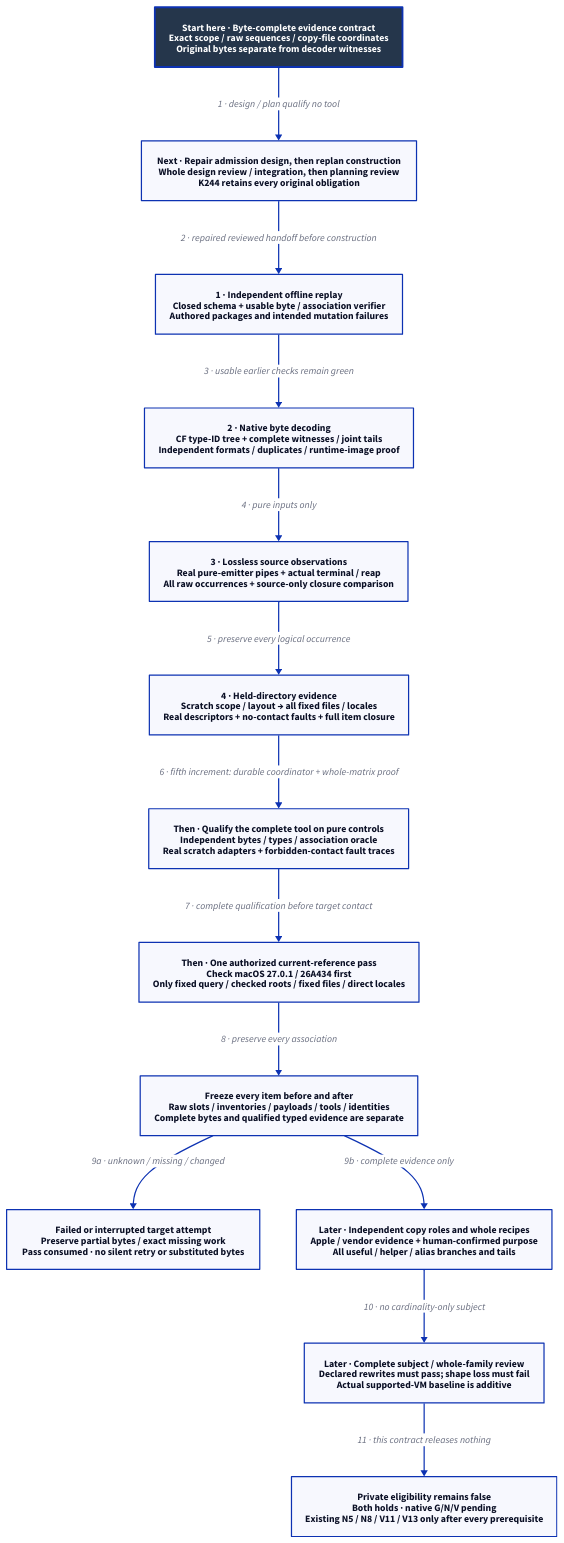
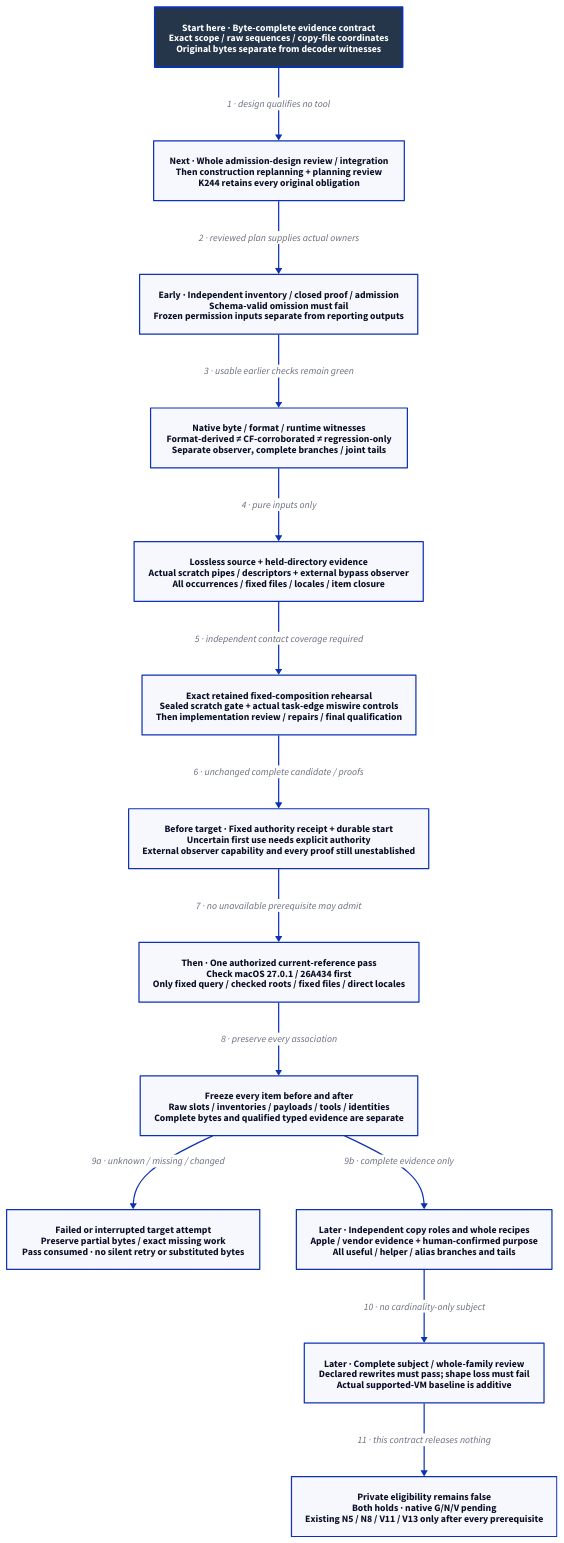
The diagram in docs/design/architecture/native-reference-evidence.d2 (Linkuistics/Koine), drawn with D2 before and after one commit. The commit also changed 38 other files, not shown here.

Commit message:
Design independent reference-evidence admission (reference-evidence-admission-k268)

```diff
--- a/docs/design/architecture/native-reference-evidence.d2
+++ b/docs/design/architecture/native-reference-evidence.d2
@@ -1,30 +1,30 @@
-# Reviewed admission design and replanning precede construction; no tool or target evidence.
+# Admission repair design; mandatory review and replanning precede unbuilt qualification.
 direction: down
 classes: {
   start: {style: {fill: "#25364B"; font-color: "#FFFFFF"; bold: true; stroke-width: 3}}
 }
 Start: "Start here · Byte-complete evidence contract\nExact scope / raw sequences / copy-file coordinates\nOriginal bytes separate from decoder witnesses" {class: start}
-Plan: "Next · Repair admission design, then replan construction\nWhole design review / integration, then planning review\nK244 retains every original obligation"
-Replay: "1 · Independent offline replay\nClosed schema + usable byte / association verifier\nAuthored packages and intended mutation failures"
-Decode: "2 · Native byte decoding\nCF type-ID tree + complete witnesses / joint tails\nIndependent formats / duplicates / runtime-image proof"
-Source: "3 · Lossless source observations\nReal pure-emitter pipes + actual terminal / reap\nAll raw occurrences + source-only closure comparison"
-Acquire: "4 · Held-directory evidence\nScratch scope / layout → all fixed files / locales\nReal descriptors + no-contact faults + full item closure"
-Pure: "Then · Qualify the complete tool on pure controls\nIndependent bytes / types / association oracle\nReal scratch adapters + forbidden-contact fault traces"
+Plan: "Next · Whole admission-design review / integration\nThen construction replanning + planning review\nK244 retains every original obligation"
+Replay: "Early · Independent inventory / closed proof / admission\nSchema-valid omission must fail\nFrozen permission inputs separate from reporting outputs"
+Decode: "Native byte / format / runtime witnesses\nFormat-derived ≠ CF-corroborated ≠ regression-only\nSeparate observer, complete branches / joint tails"
+Source: "Lossless source + held-directory evidence\nActual scratch pipes / descriptors + external bypass observer\nAll occurrences / fixed files / locales / item closure"
+Pure: "Exact retained fixed-composition rehearsal\nSealed scratch gate + actual task-edge miswire controls\nThen implementation review / repairs / final qualification"
+Authority: "Before target · Fixed authority receipt + durable start\nUncertain first use needs explicit authority\nExternal observer capability and every proof still unestablished"
 Pass: "Then · One authorized current-reference pass\nCheck macOS 27.0.1 / 26A434 first\nOnly fixed query / checked roots / fixed files / direct locales"
 Closure: "Freeze every item before and after\nRaw slots / inventories / payloads / tools / identities\nComplete bytes and qualified typed evidence are separate"
 Failed: "Failed or interrupted target attempt\nPreserve partial bytes / exact missing work\nPass consumed · no silent retry or substituted bytes"
 Roles: "Later · Independent copy roles and whole recipes\nApple / vendor evidence + human-confirmed purpose\nAll useful / helper / alias branches and tails"
 Review: "Later · Complete subject / whole-family review\nDeclared rewrites must pass; shape loss must fail\nActual supported-VM baseline is additive"
 Hold: "Private eligibility remains false\nBoth holds · native G/N/V pending\nExisting N5 / N8 / V11 / V13 only after every prerequisite"
-Start -> Plan: "1 · design / plan qualify no tool"
-Plan -> Replay: "2 · repaired reviewed handoff before construction"
+Start -> Plan: "1 · design qualifies no tool"
+Plan -> Replay: "2 · reviewed plan supplies actual owners"
 Replay -> Decode: "3 · usable earlier checks remain green"
 Decode -> Source: "4 · pure inputs only"
-Source -> Acquire: "5 · preserve every logical occurrence"
-Acquire -> Pure: "6 · fifth increment: durable coordinator + whole-matrix proof"
-Pure -> Pass: "7 · complete qualification before target contact"
+Source -> Pure: "5 · independent contact coverage required"
+Pure -> Authority: "6 · unchanged complete candidate / proofs"
+Authority -> Pass: "7 · no unavailable prerequisite may admit"
 Pass -> Closure: "8 · preserve every association"
 Closure -> Failed: "9a · unknown / missing / changed"
 Closure -> Roles: "9b · complete evidence only"
 Roles -> Review: "10 · no cardinality-only subject"
 Review -> Hold: "11 · this contract releases nothing"
```
